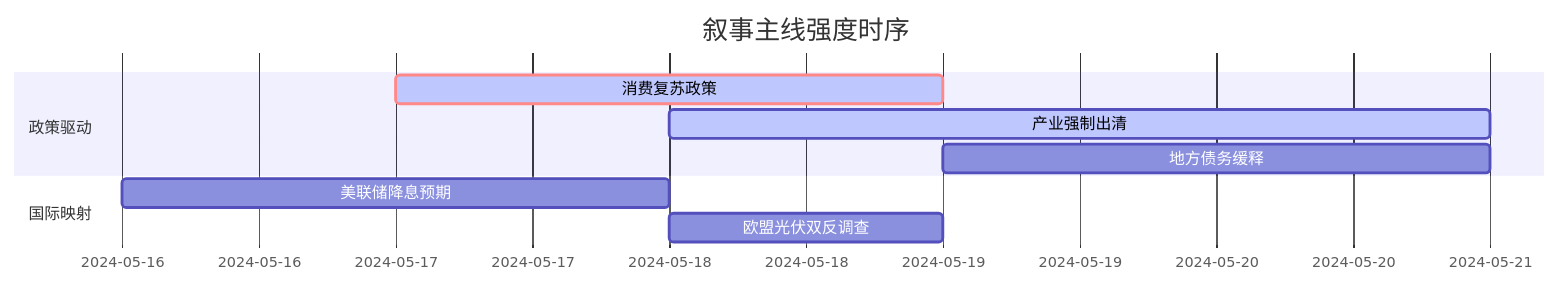
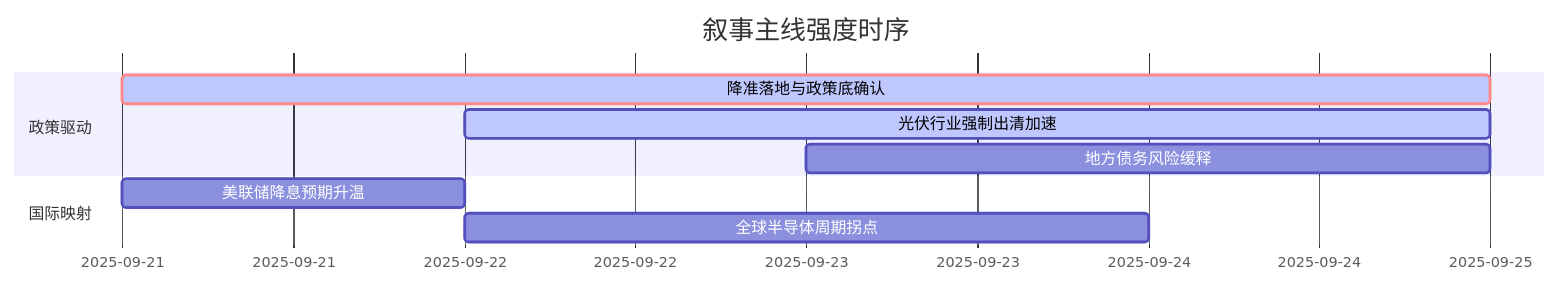
One commit to uu5zn/uu5zn.github.io changed the diagram in 5day_report.md. Above: the diagram before and after it, drawn with Mermaid. The commit also changed other lines of this file and 1 other file, not shown here.

````diff
--- a/5day_report.md
+++ b/5day_report.md
@@ -53,13 +51,13 @@
 ```mermaid
 gantt
     title 叙事主线强度时序
     dateFormat  YYYY-MM-DD
     section 政策驱动
-    消费复苏政策   :crit, active, 2024-05-17, 2d
-    产业强制出清   :active, 2024-05-18, 3d
-    地方债务缓释   :2024-05-19, 2d
+    降准落地与政策底确认   :crit, active, 2025-09-21, 4d
+    光伏行业强制出清加速   :active, 2025-09-22, 3d
+    地方债务风险缓释       :2025-09-23, 2d
     
     section 国际映射
-    美联储降息预期   :2024-05-16, 2d
-    欧盟光伏双反调查   :2024-05-18, 1d
+    美联储降息预期升温     :2025-09-21, 1d
+    全球半导体周期拐点     :2025-09-22, 2d
 ```
````
